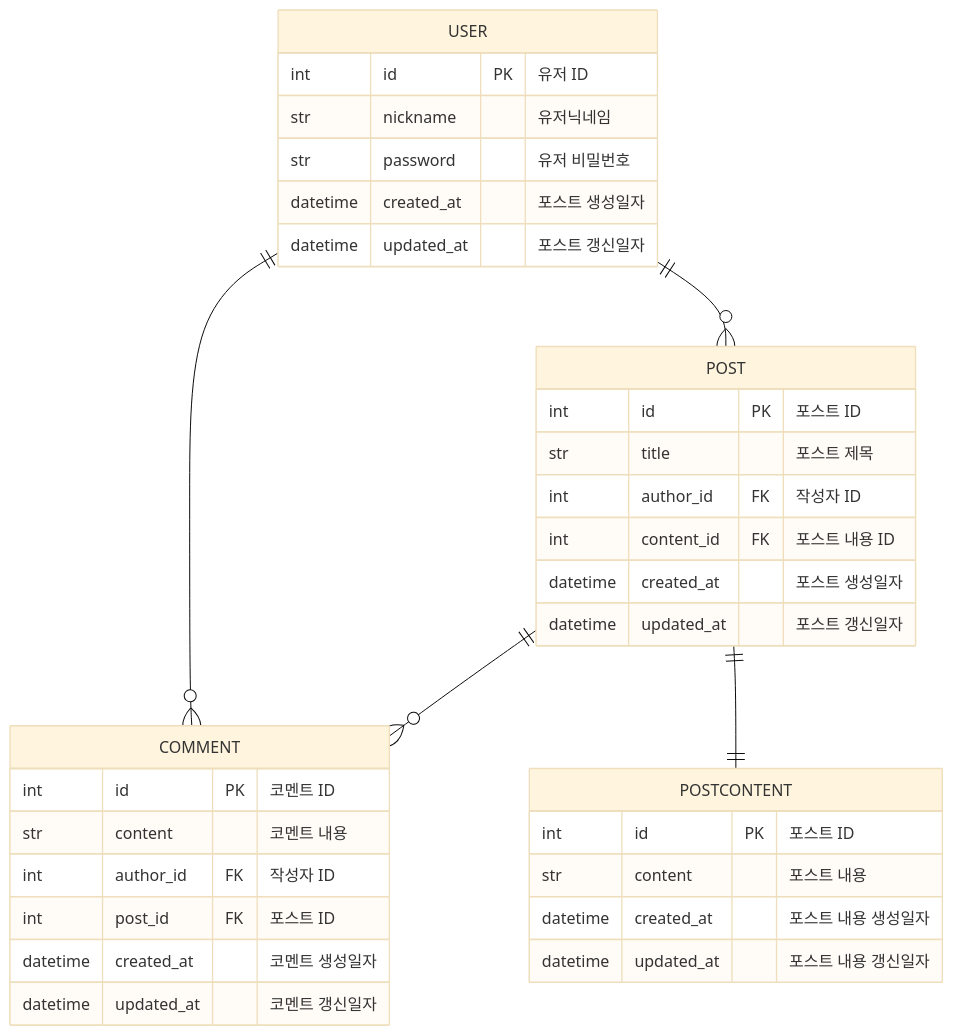
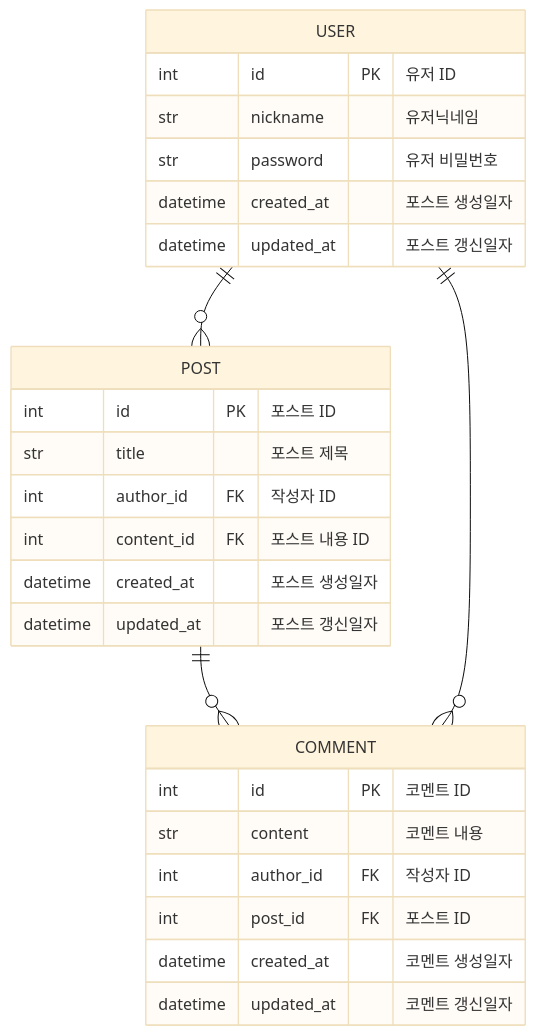
The diagram in README.md (ksg9482/fastapi-post), drawn with Mermaid (base theme) before and after one commit. The commit also changed 7 other files, not shown here.

````diff
--- a/README.md
+++ b/README.md
@@ -44,39 +44,31 @@
 ```mermaid
 erDiagram
     POST ||--o{ COMMENT:""
     POST {
         int id PK "포스트 ID"
         str title "포스트 제목"
         int author_id FK "작성자 ID"
         int content_id FK "포스트 내용 ID"
         datetime created_at "포스트 생성일자"
         datetime updated_at "포스트 갱신일자"
     }
 
-    POST ||--|| POSTCONTENT:""
-    POSTCONTENT {
-        int id PK "포스트 ID"
-        str content "포스트 내용"
-        datetime created_at "포스트 내용 생성일자"
-        datetime updated_at "포스트 내용 갱신일자"
-    }
-    
     USER ||--o{ POST: ""
     USER ||--o{ COMMENT: ""
     USER {
         int id PK "유저 ID"
         str nickname "유저닉네임"
         str password "유저 비밀번호"
         datetime created_at "포스트 생성일자"
         datetime updated_at "포스트 갱신일자"
     }
 
     COMMENT {
         int id PK "코멘트 ID"
         str content "코멘트 내용"
         int author_id FK "작성자 ID"
         int post_id FK "포스트 ID"
         datetime created_at "코멘트 생성일자"
         datetime updated_at "코멘트 갱신일자"
     }
 ```
````
